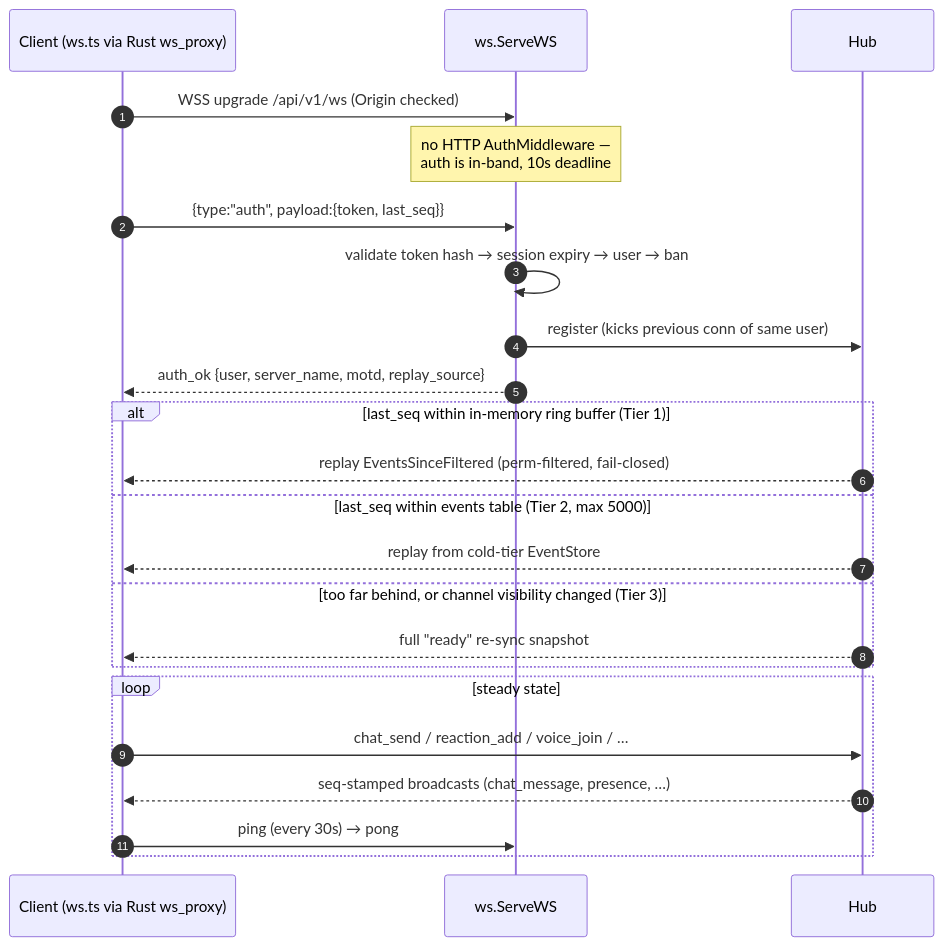
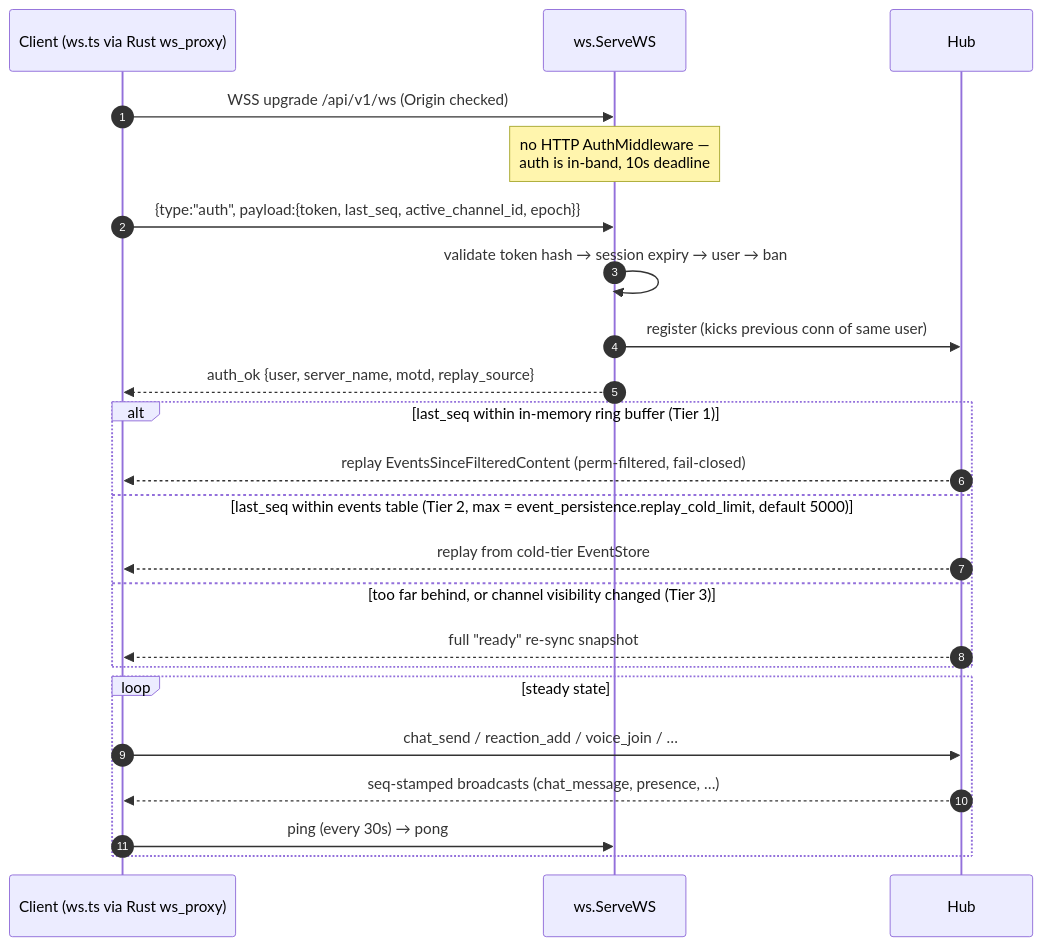
Before and after one commit to J3vb/OwnCord: the first of 3 diagrams in docs/architecture/websocket.md, drawn with Mermaid. The commit also changed other lines of this file and 2055 other files, not shown here.

````diff
--- a/docs/architecture/websocket.md
+++ b/docs/architecture/websocket.md
@@ -22,28 +22,28 @@
 ```mermaid
 sequenceDiagram
     autonumber
     participant C as Client (ws.ts via Rust ws_proxy)
     participant S as ws.ServeWS
     participant H as Hub
 
     C->>S: WSS upgrade /api/v1/ws (Origin checked)
     Note over S: no HTTP AuthMiddleware —<br/>auth is in-band, 10s deadline
-    C->>S: {type:"auth", payload:{token, last_seq}}
+    C->>S: {type:"auth", payload:{token, last_seq, active_channel_id, epoch}}
     S->>S: validate token hash → session expiry → user → ban
     S->>H: register (kicks previous conn of same user)
     S-->>C: auth_ok {user, server_name, motd, replay_source}
 
     alt last_seq within in-memory ring buffer (Tier 1)
-        H-->>C: replay EventsSinceFiltered (perm-filtered, fail-closed)
-    else last_seq within events table (Tier 2, max 5000)
+        H-->>C: replay EventsSinceFilteredContent (perm-filtered, fail-closed)
+    else last_seq within events table (Tier 2, max = event_persistence.replay_cold_limit, default 5000)
         H-->>C: replay from cold-tier EventStore
     else too far behind, or channel visibility changed (Tier 3)
         H-->>C: full "ready" re-sync snapshot
     end
 
     loop steady state
         C->>H: chat_send / reaction_add / voice_join / …
         H-->>C: seq-stamped broadcasts (chat_message, presence, …)
         C->>S: ping (every 30s) → pong
     end
 ```
````
